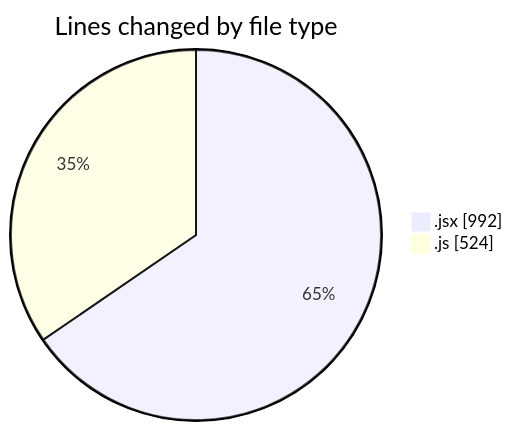
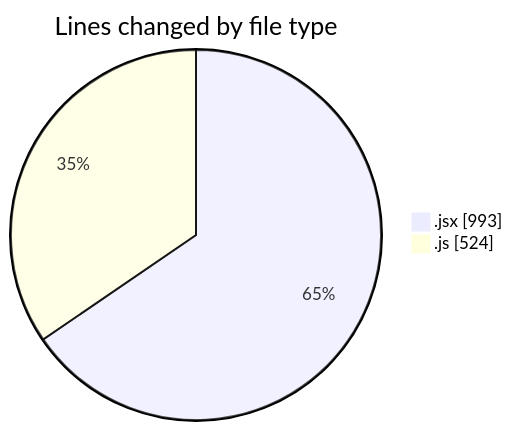
The first of 2 diagrams in 2025-06-30/argos/README.md (nxtqubesakshisongat/code-tracking), drawn with Mermaid before and after one commit. The commit also changed other lines of this file and 1 other file, not shown here.

````diff
--- a/2025-06-30/argos/README.md
+++ b/2025-06-30/argos/README.md
@@ -25,6 +25,6 @@
 ```mermaid
 pie showData
 title Lines changed by file type
-".jsx" : 992
+".jsx" : 993
 ".js" : 524
 ```
````
